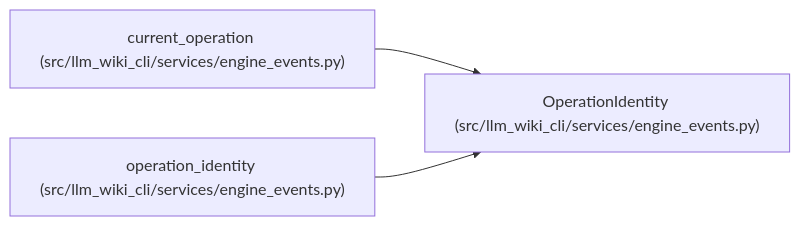
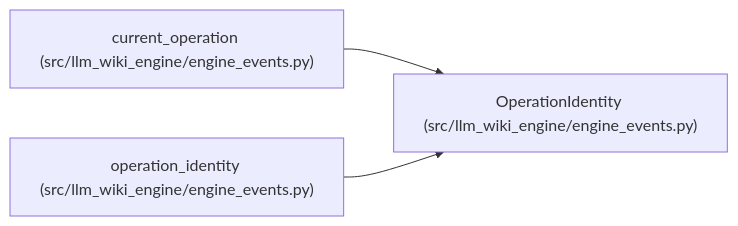
One commit to Denissvgn/python-wiki-llm changed the diagram in docs/llm_wiki/entities/OperationIdentity.md. Above: the diagram before and after it, drawn with Mermaid. The commit also changed other lines of this file and 1103 other files, not shown here.

First line of the commit message:
docs: refresh the wiki for the llm-wiki-engine distribution

````diff
--- a/docs/llm_wiki/entities/OperationIdentity.md
+++ b/docs/llm_wiki/entities/OperationIdentity.md
@@ -28,11 +28,11 @@
 ```mermaid
 flowchart LR
-    n0["OperationIdentity (src/llm_wiki_cli/services/engine_events.py)"]
-    n1["current_operation (src/llm_wiki_cli/services/engine_events.py)"]
-    n2["operation_identity (src/llm_wiki_cli/services/engine_events.py)"]
+    n0["OperationIdentity (src/llm_wiki_engine/engine_events.py)"]
+    n1["current_operation (src/llm_wiki_engine/engine_events.py)"]
+    n2["operation_identity (src/llm_wiki_engine/engine_events.py)"]
     n1 --> n0
     n2 --> n0
     click n0 "../modules/engine_events.md"
     click n1 "../modules/engine_events.md"
     click n2 "../modules/engine_events.md"
 ```
````
